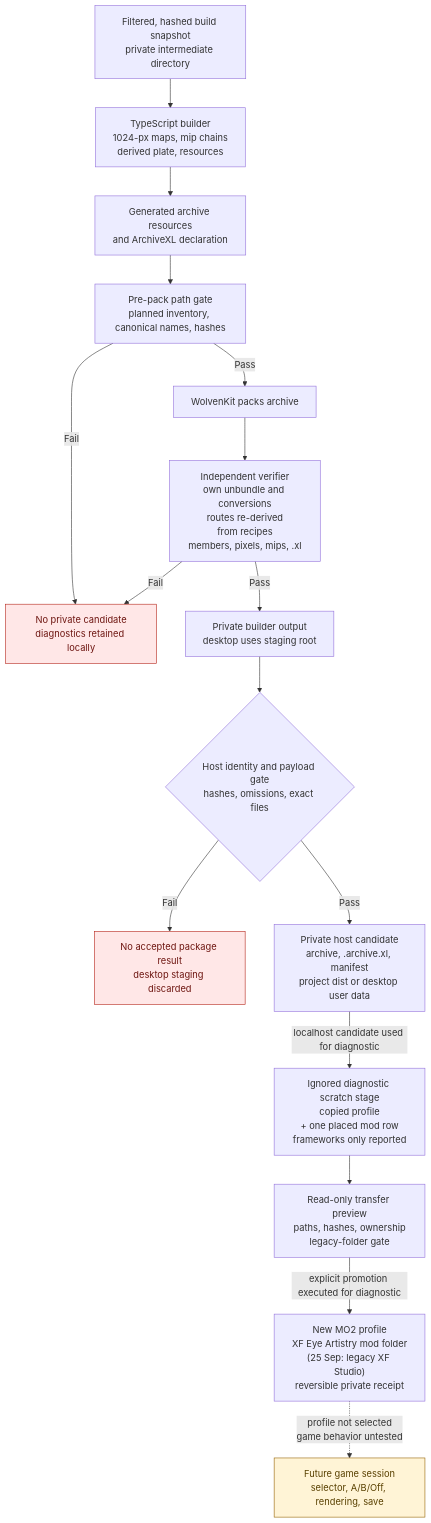
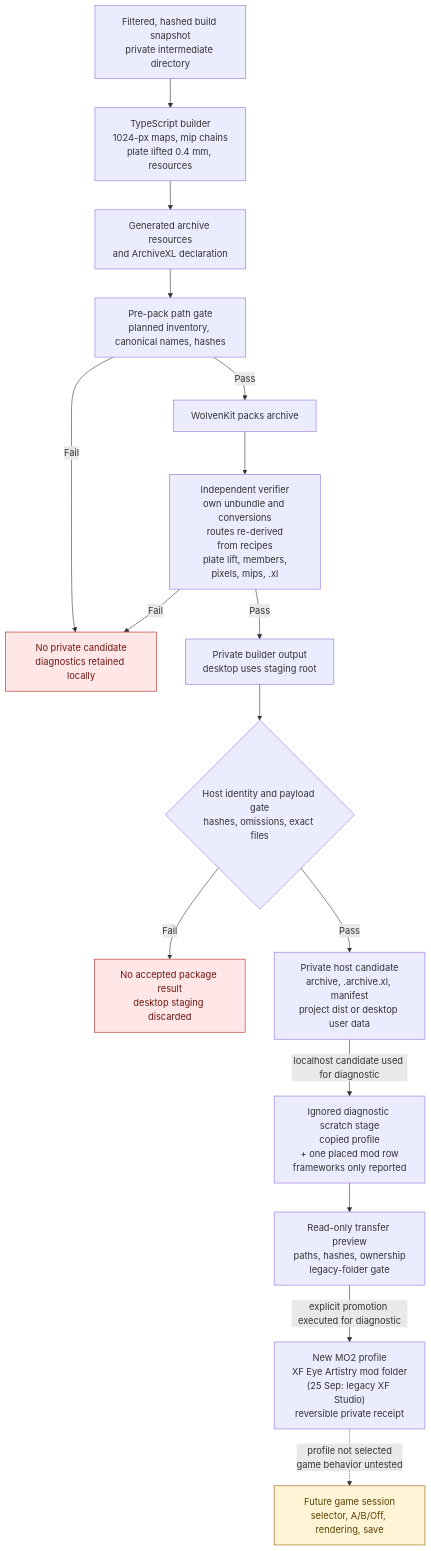
The second of 3 diagrams in research/authoring/studio-to-mod-pipeline.md (axefrog/xf-studio), drawn with Mermaid before and after one commit. The commit also changed other lines of this file and 27 other files, not shown here.

````diff
--- a/research/authoring/studio-to-mod-pipeline.md
+++ b/research/authoring/studio-to-mod-pipeline.md
@@ -48,23 +48,23 @@
 ```mermaid
 flowchart TB
-  snapshot["Filtered, hashed build snapshot<br/>private intermediate directory"] --> bake["TypeScript builder<br/>1024-px maps, mip chains<br/>derived plate, resources"]
+  snapshot["Filtered, hashed build snapshot<br/>private intermediate directory"] --> bake["TypeScript builder<br/>1024-px maps, mip chains<br/>plate lifted 0.4 mm, resources"]
   bake --> resources["Generated archive resources<br/>and ArchiveXL declaration"]
   resources --> gate["Pre-pack path gate<br/>planned inventory, canonical names, hashes"]
   gate -- Fail --> stop
   gate -- Pass --> pack["WolvenKit packs archive"]
-  pack --> verifier["Independent verifier<br/>own unbundle and conversions<br/>routes re-derived<br/>from recipes<br/>members, pixels, mips, .xl"]
+  pack --> verifier["Independent verifier<br/>own unbundle and conversions<br/>routes re-derived<br/>from recipes<br/>plate lift, members,<br/>pixels, mips, .xl"]
   verifier -- Fail --> stop["No private candidate<br/>diagnostics retained locally"]
   verifier -- Pass --> dist["Private builder output<br/>desktop uses staging root"]
   dist --> resultGate{"Host identity and payload gate<br/>hashes, omissions, exact files"}
   resultGate -- Fail --> unaccepted["No accepted package result<br/>desktop staging discarded"]
   resultGate -- Pass --> candidate["Private host candidate<br/>archive, .archive.xl, manifest<br/>project dist or desktop user data"]
   candidate -- "localhost candidate used for diagnostic" --> scratch["Ignored diagnostic scratch stage<br/>copied profile<br/>+ one placed mod row<br/>frameworks only reported"]
   scratch --> preview["Read-only transfer preview<br/>paths, hashes, ownership<br/>legacy-folder gate"]
   preview -- "explicit promotion executed for diagnostic" --> mo2["New MO2 profile<br/>XF Eye Artistry mod folder<br/>(25 Sep: legacy XF Studio)<br/>reversible private receipt"]
   mo2 -. "profile not selected<br/>game behavior untested" .-> runtime["Future game session<br/>selector, A/B/Off, rendering, save"]
 
   classDef blocked fill:#ffe7e7,stroke:#b42318,color:#6e1611;
   classDef pending fill:#fff4d6,stroke:#946200,color:#594000;
   class stop,unaccepted blocked;
   class runtime pending;
 ```
````
